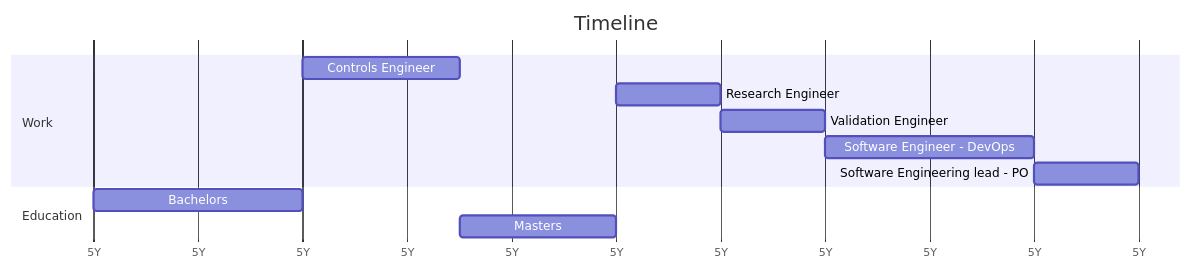
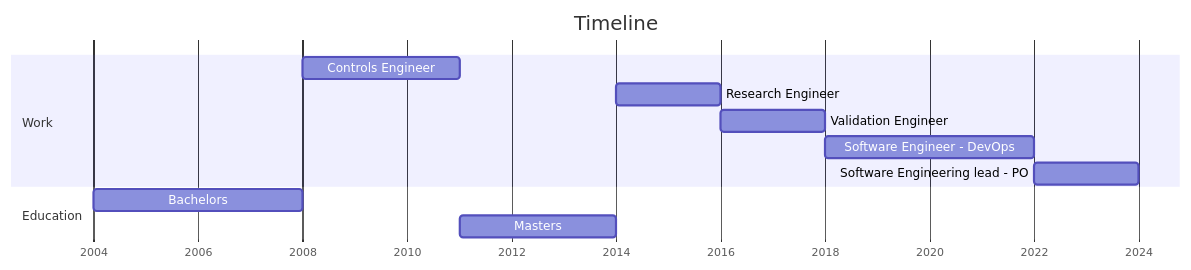
The diagram in README.md (kar-ven/kar-ven.github.io), drawn with Mermaid before and after one commit. The commit also changed other lines of this file, not shown here.

Commit message:
update CV gantt

```diff
--- a/README.md
+++ b/README.md
@@ -3,15 +3,16 @@
 <pre class="mermaid">
 gantt
     title Timeline
     dateFormat YYYY
-    axisFormat %5Y
+    axisFormat %Y
+    tickInterval 5year
     section Work
     Controls Engineer              :2008, 2011
     Research Engineer              :2014, 2016
     Validation Engineer            :2016, 2018
     Software Engineer - DevOps     :2018, 2022
     Software Engineering lead - PO :2022, 2024
     Section Education
     Bachelors                      :2004, 2008
     Masters                        :2011, 2014
 </pre>
```
